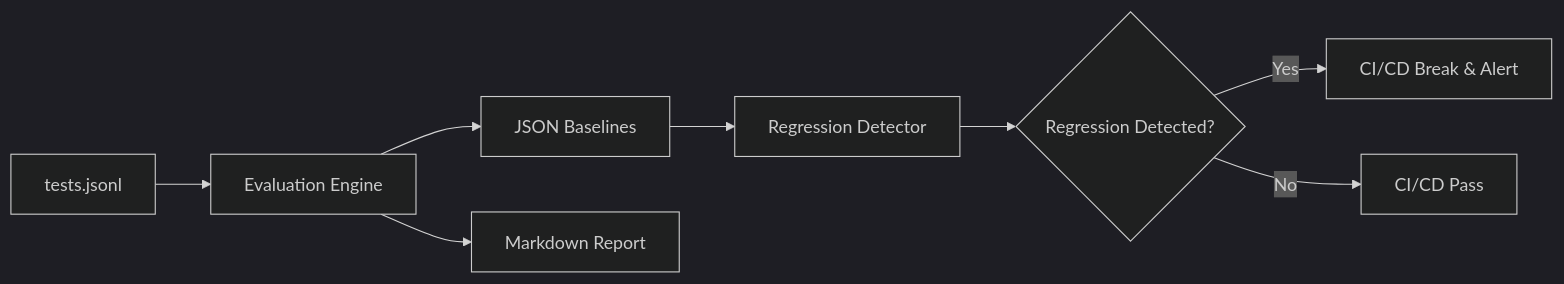
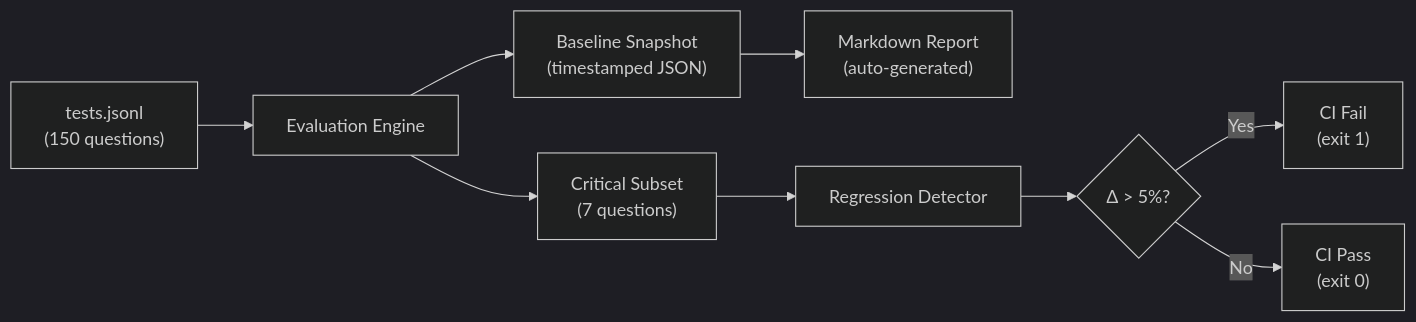
Before and after one commit to teddy7x7/company-rag: the second of 2 diagrams in README.md, drawn with Mermaid (dark theme). The commit also changed other lines of this file and 8 other files, not shown here.

First line of the commit message:
chore: cleanup gitignore, reorganize docs, and run baseline evaluation

````diff
--- a/README.md
+++ b/README.md
@@ -40,10 +115,11 @@
 ```mermaid
 flowchart LR
-    TestDataset[tests.jsonl] --> EvalRunner[Evaluation Engine]
-    EvalRunner --> OutputJSON[JSON Baselines]
-    EvalRunner --> OutputMD[Markdown Report]
-    OutputJSON --> RegCheck[Regression Detector]
-    RegCheck --> Diff{Regression Detected?}
-    Diff -- Yes --> CI[CI/CD Break & Alert]
-    Diff -- No --> Pass[CI/CD Pass]
+    TestData["tests.jsonl<br/>(150 questions)"] --> EvalEngine["Evaluation Engine"]
+    EvalEngine --> Snapshot["Baseline Snapshot<br/>(timestamped JSON)"]
+    Snapshot --> Report["Markdown Report<br/>(auto-generated)"]
+    EvalEngine --> SubsetRun["Critical Subset<br/>(7 questions)"]
+    SubsetRun --> Compare["Regression Detector"]
+    Compare --> Gate{"Δ > 5%?"}
+    Gate -- Yes --> Fail["CI Fail<br/>(exit 1)"]
+    Gate -- No --> Pass["CI Pass<br/>(exit 0)"]
 ```
````
